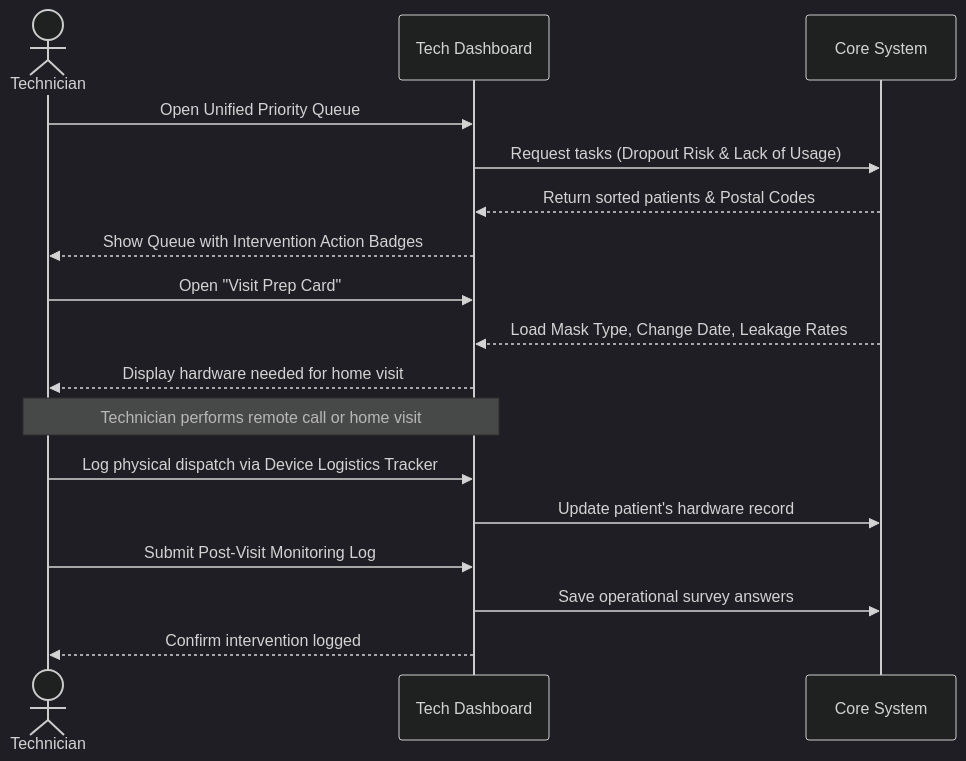
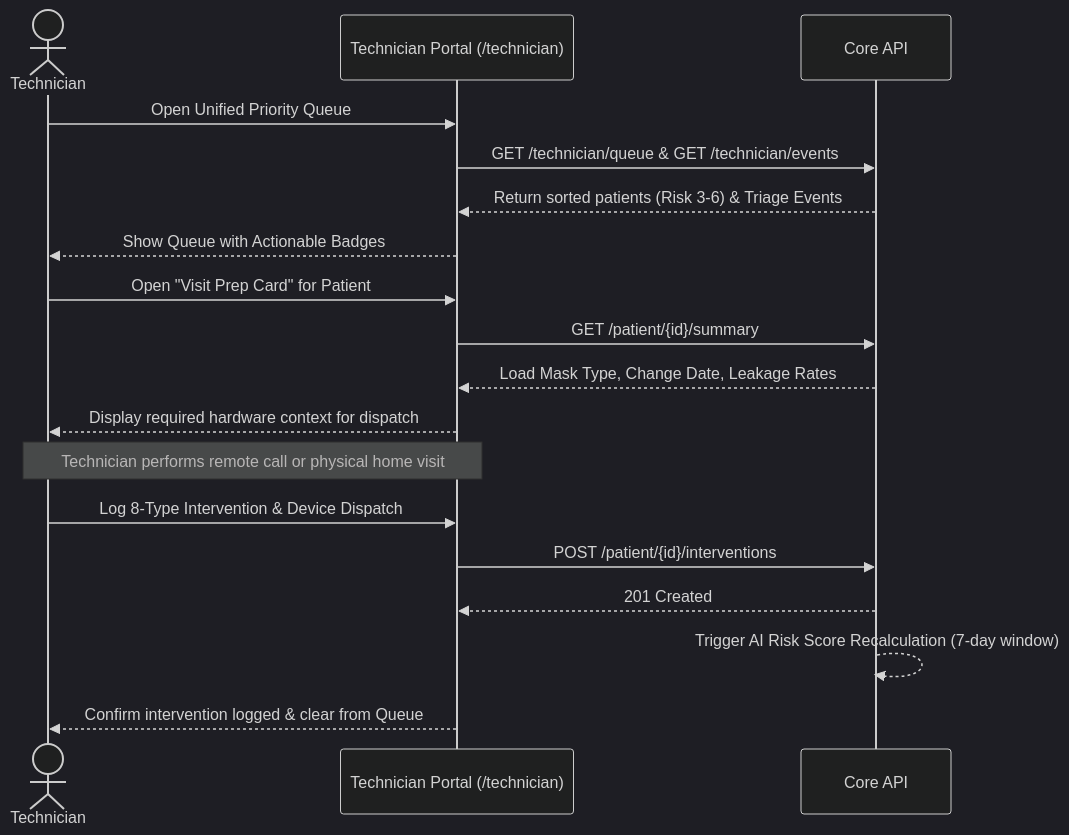
Before and after one commit to MOEEZ5922/internship: the second of 3 diagrams in Dashboarding/diagram.md, drawn with Mermaid (dark theme). The commit also changed other lines of this file and 236 other files, not shown here.

````diff
--- a/Dashboarding/diagram.md
+++ b/Dashboarding/diagram.md
@@ -32,24 +36,25 @@
 ```mermaid
 sequenceDiagram
     actor Technician
-    participant Dashboard as Tech Dashboard
-    participant System as Core System
+    participant Dashboard as Technician Portal (/technician)
+    participant System as Core API
 
     Technician->>Dashboard: Open Unified Priority Queue
-    Dashboard->>System: Request tasks (Dropout Risk & Lack of Usage)
-    System-->>Dashboard: Return sorted patients & Postal Codes
-    Dashboard-->>Technician: Show Queue with Intervention Action Badges
+    Dashboard->>System: GET /technician/queue & GET /technician/events
+    System-->>Dashboard: Return sorted patients (Risk 3-6) & Triage Events
+    Dashboard-->>Technician: Show Queue with Actionable Badges
 
-    Technician->>Dashboard: Open "Visit Prep Card"
+    Technician->>Dashboard: Open "Visit Prep Card" for Patient
+    Dashboard->>System: GET /patient/{id}/summary
     System-->>Dashboard: Load Mask Type, Change Date, Leakage Rates
-    Dashboard-->>Technician: Display hardware needed for home visit
+    Dashboard-->>Technician: Display required hardware context for dispatch
 
-    Note over Technician, Dashboard: Technician performs remote call or home visit
+    Note over Technician, Dashboard: Technician performs remote call or physical home visit
     
-    Technician->>Dashboard: Log physical dispatch via Device Logistics Tracker
-    Dashboard->>System: Update patient's hardware record
+    Technician->>Dashboard: Log 8-Type Intervention & Device Dispatch
+    Dashboard->>System: POST /patient/{id}/interventions
+    System-->>Dashboard: 201 Created
     
-    Technician->>Dashboard: Submit Post-Visit Monitoring Log
-    Dashboard->>System: Save operational survey answers
-    Dashboard-->>Technician: Confirm intervention logged
+    System-->>System: Trigger AI Risk Score Recalculation (7-day window)
+    Dashboard-->>Technician: Confirm intervention logged & clear from Queue
 ```
````
